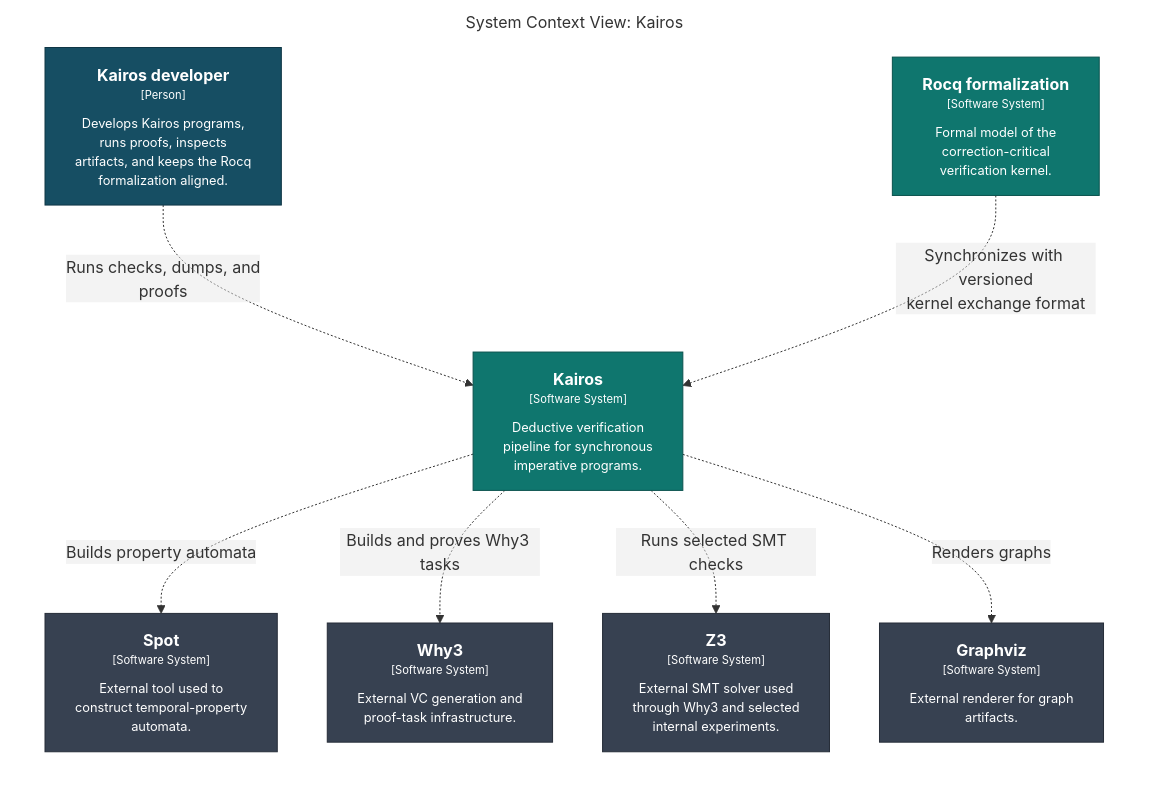
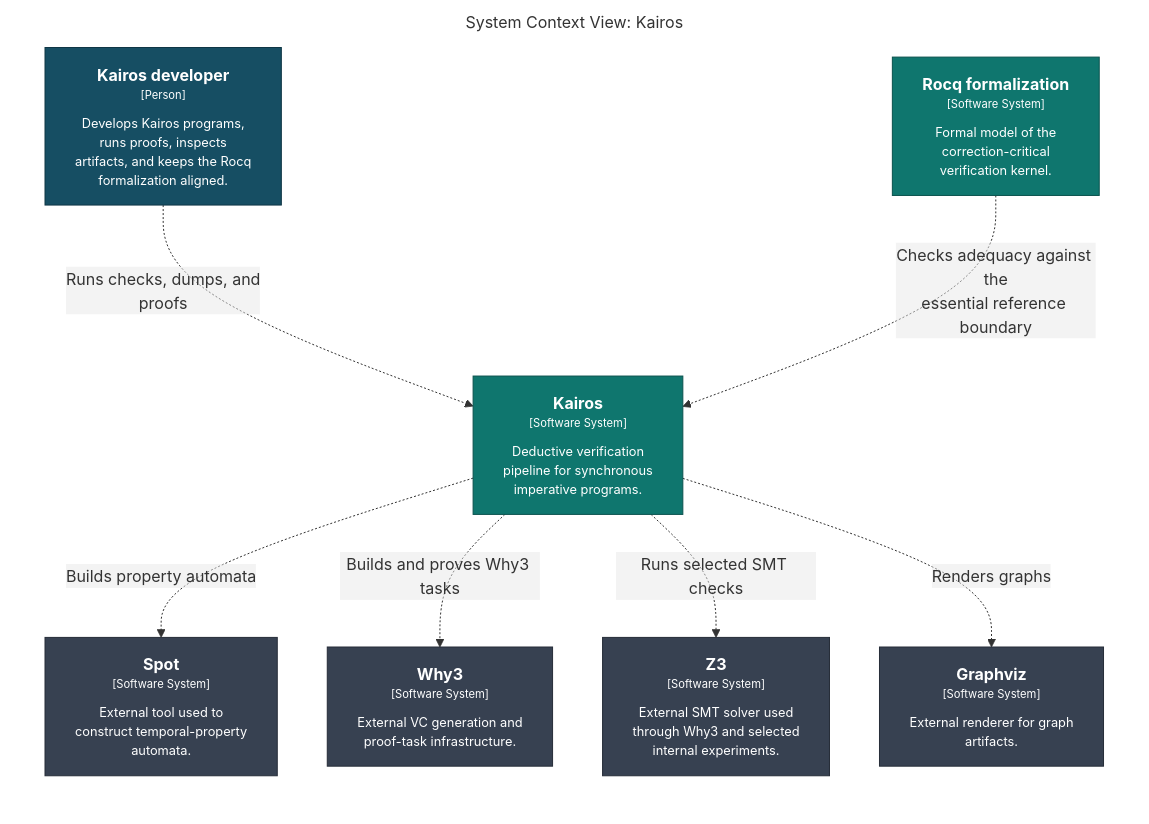
Before and after one commit to DabrowskiFr/Kairos: the diagram in docs/architecture/structurizr/export/mermaid/structurizr-kairos-system-context.mmd, drawn with Mermaid. The commit also changed 174 other files, not shown here.

Commit message:
Consolidate verification architecture cleanup

```diff
--- a/docs/architecture/structurizr/export/mermaid/structurizr-kairos-system-context.mmd
+++ b/docs/architecture/structurizr/export/mermaid/structurizr-kairos-system-context.mmd
@@ -1,29 +1,29 @@
 graph LR
   linkStyle default fill:#ffffff
 
   subgraph diagram ["System Context View: Kairos"]
     style diagram fill:#ffffff,stroke:#ffffff
 
     1["<div style='font-weight: bold'>Kairos developer</div><div style='font-size: 70%; margin-top: 0px'>[Person]</div><div style='font-size: 80%; margin-top:10px'>Develops Kairos programs,<br />runs proofs, inspects<br />artifacts, and keeps the Rocq<br />formalization aligned.</div>"]
     style 1 fill:#164e63,stroke:#0f3645,color:#ffffff
     2["<div style='font-weight: bold'>Rocq formalization</div><div style='font-size: 70%; margin-top: 0px'>[Software System]</div><div style='font-size: 80%; margin-top:10px'>Formal model of the<br />correction-critical<br />verification kernel.</div>"]
     style 2 fill:#0f766e,stroke:#0a524d,color:#ffffff
     3["<div style='font-weight: bold'>Spot</div><div style='font-size: 70%; margin-top: 0px'>[Software System]</div><div style='font-size: 80%; margin-top:10px'>External tool used to<br />construct temporal-property<br />automata.</div>"]
     style 3 fill:#374151,stroke:#262d38,color:#ffffff
     4["<div style='font-weight: bold'>Why3</div><div style='font-size: 70%; margin-top: 0px'>[Software System]</div><div style='font-size: 80%; margin-top:10px'>External VC generation and<br />proof-task infrastructure.</div>"]
     style 4 fill:#374151,stroke:#262d38,color:#ffffff
     5["<div style='font-weight: bold'>Z3</div><div style='font-size: 70%; margin-top: 0px'>[Software System]</div><div style='font-size: 80%; margin-top:10px'>External SMT solver used<br />through Why3 and selected<br />internal experiments.</div>"]
     style 5 fill:#374151,stroke:#262d38,color:#ffffff
     6["<div style='font-weight: bold'>Graphviz</div><div style='font-size: 70%; margin-top: 0px'>[Software System]</div><div style='font-size: 80%; margin-top:10px'>External renderer for graph<br />artifacts.</div>"]
     style 6 fill:#374151,stroke:#262d38,color:#ffffff
     7["<div style='font-weight: bold'>Kairos</div><div style='font-size: 70%; margin-top: 0px'>[Software System]</div><div style='font-size: 80%; margin-top:10px'>Deductive verification<br />pipeline for synchronous<br />imperative programs.</div>"]
     style 7 fill:#0f766e,stroke:#0a524d,color:#ffffff
 
     1-. "<div>Runs checks, dumps, and<br />proofs</div><div style='font-size: 70%'></div>" .->7
     7-. "<div>Builds property automata</div><div style='font-size: 70%'></div>" .->3
     7-. "<div>Builds and proves Why3 tasks</div><div style='font-size: 70%'></div>" .->4
     7-. "<div>Runs selected SMT checks</div><div style='font-size: 70%'></div>" .->5
     7-. "<div>Renders graphs</div><div style='font-size: 70%'></div>" .->6
-    2-. "<div>Synchronizes with versioned<br />kernel exchange format</div><div style='font-size: 70%'></div>" .->7
+    2-. "<div>Checks adequacy against the<br />essential reference boundary</div><div style='font-size: 70%'></div>" .->7
 
   end
```
